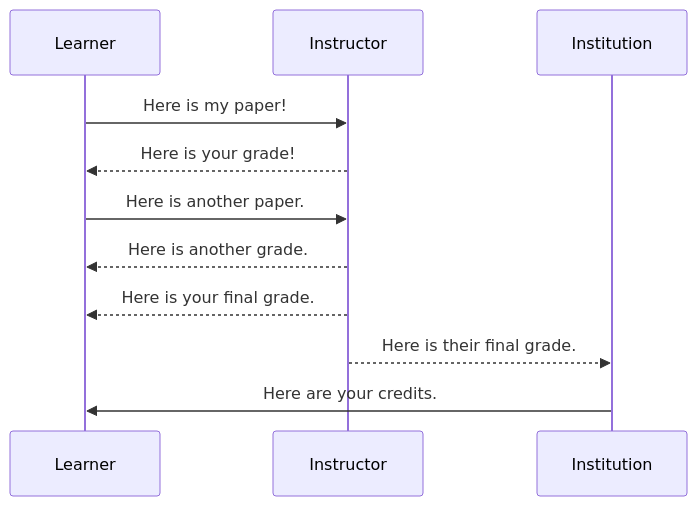
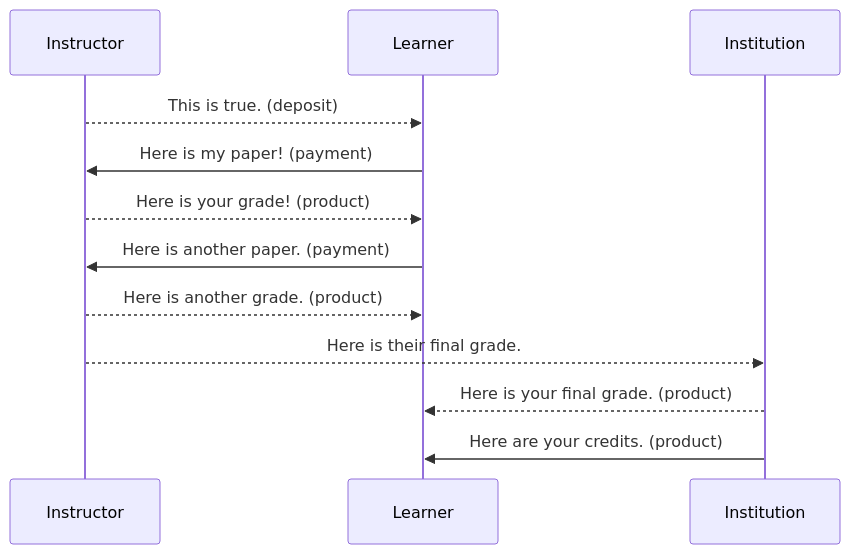
One commit to cmadland/slides changed the first of 2 diagrams in posts/fpl-assessment/index.qmd. Above: the diagram before and after it, drawn with Mermaid. The commit also changed other lines of this file and 15 other files, not shown here.

````diff
--- a/posts/fpl-assessment/index.qmd
+++ b/posts/fpl-assessment/index.qmd
@@ -68,10 +104,11 @@
 ```{mermaid}
 sequenceDiagram
-Learner ->> Instructor: Here is my paper!
-Instructor -->> Learner: Here is your grade!
-Learner ->> Instructor: Here is another paper.
-Instructor -->> Learner: Here is another grade.
-Instructor -->> Learner: Here is your final grade.
-Instructor -->> Institution: Here is their final grade.
-Institution ->> Learner: Here are your credits.
+Instructor -->> Learner: This is true. (deposit)
+Learner ->> Instructor: Here is my paper! (payment)
+Instructor -->> Learner: Here is your grade! (product)
+Learner ->> Instructor: Here is another paper. (payment)
+Instructor -->> Learner: Here is another grade. (product)
+Instructor -->> Institution: Here is their final grade. 
+Institution -->> Learner: Here is your final grade. (product)
+Institution ->> Learner: Here are your credits. (product)
 ```
````
